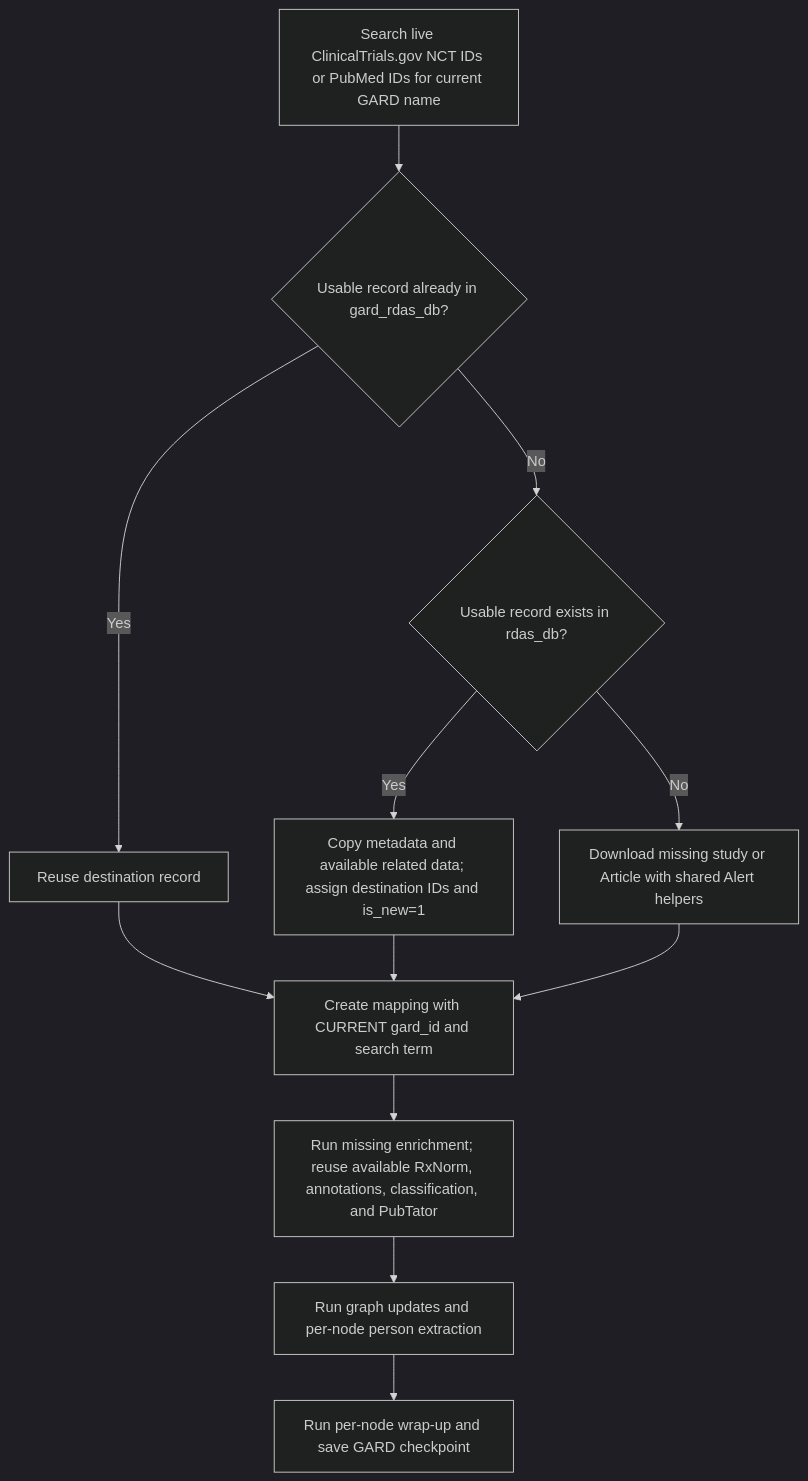
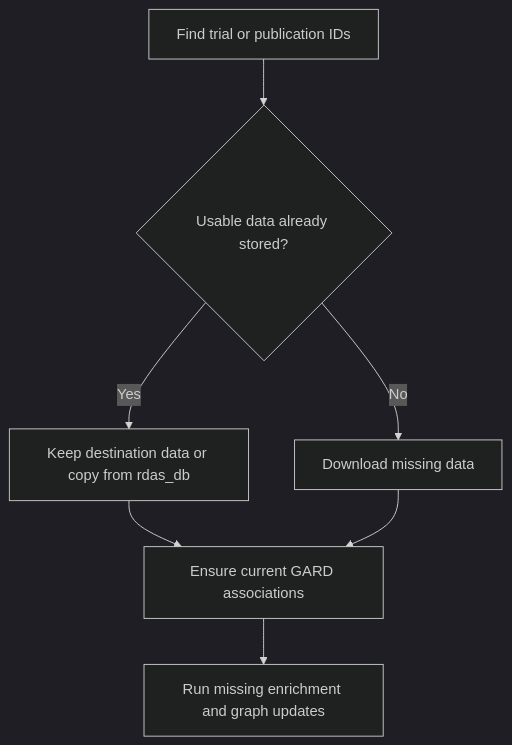
Before and after one commit to ncats/RDAS: the second of 3 diagrams in Z_GARD_Update/2_GARD_main_pipelines/pipeline_2_process_gard_nodes.md, drawn with Mermaid (dark theme). The commit also changed other lines of this file and 3 other files, not shown here.

Commit message:
Fix: Use indexed substance copies and batched clinical trial SQL with detailed progress timing

````diff
--- a/Z_GARD_Update/2_GARD_main_pipelines/pipeline_2_process_gard_nodes.md
+++ b/Z_GARD_Update/2_GARD_main_pipelines/pipeline_2_process_gard_nodes.md
@@ -62,14 +135,9 @@
 ```mermaid
 flowchart TD
-    Search["Search live ClinicalTrials.gov NCT IDs or PubMed IDs for current GARD name"] --> Target{"Usable record already in gard_rdas_db?"}
-    Target -- Yes --> Existing["Reuse destination record"]
-    Target -- No --> Source{"Usable record exists in rdas_db?"}
-    Source -- Yes --> Copy["Copy metadata and available related data; assign destination IDs and is_new=1"]
-    Source -- No --> Download["Download missing study or Article with shared Alert helpers"]
-    Copy --> Mapping["Create mapping with CURRENT gard_id and search term"]
-    Existing --> Mapping
-    Download --> Mapping
-    Mapping --> Enrich["Run missing enrichment; reuse available RxNorm, annotations, classification, and PubTator"]
-    Enrich --> Graph["Run graph updates and per-node person extraction"]
-    Graph --> Wrap["Run per-node wrap-up and save GARD checkpoint"]
+    Search["Find trial or publication IDs"] --> Cache{"Usable data already stored?"}
+    Cache -- Yes --> Reuse["Keep destination data or copy from rdas_db"]
+    Cache -- No --> Download["Download missing data"]
+    Reuse --> Map["Ensure current GARD associations"]
+    Download --> Map
+    Map --> Update["Run missing enrichment and graph updates"]
 ```
````
